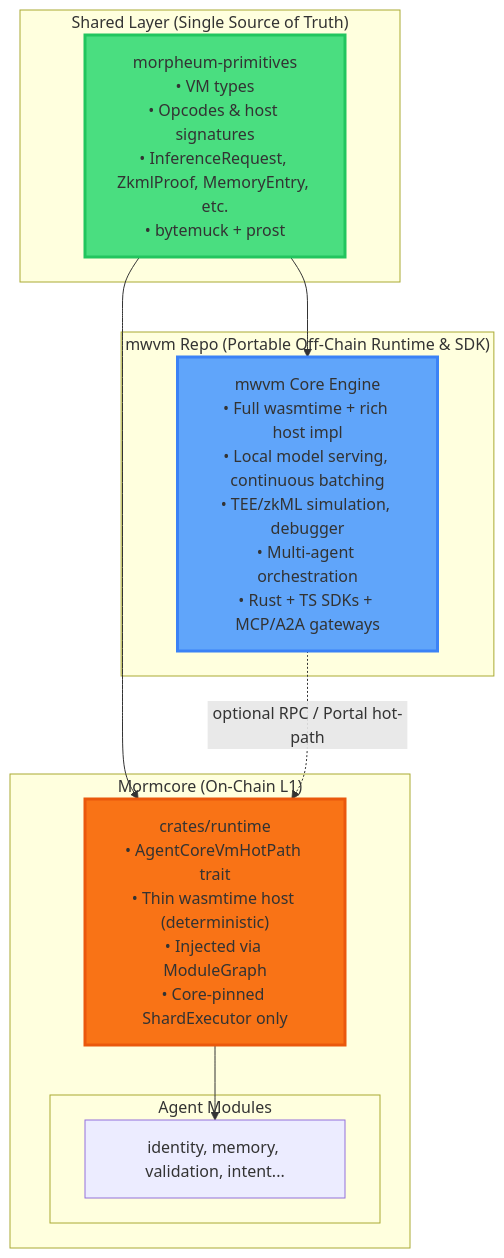
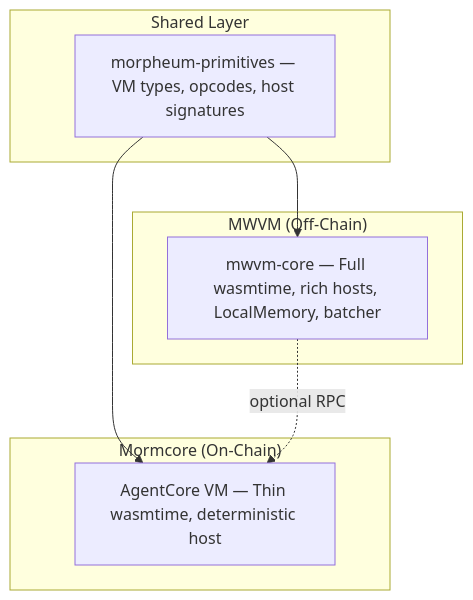
The diagram in docs/mwvm-system-design/11-mwvm-vs-mormcore-vm.md (morpheum-labs/mwvm), drawn with Mermaid before and after one commit. The commit also changed other lines of this file and 35 other files, not shown here.

````diff
--- a/docs/mwvm-system-design/11-mwvm-vs-mormcore-vm.md
+++ b/docs/mwvm-system-design/11-mwvm-vs-mormcore-vm.md
@@ -10,24 +10,17 @@
 ```mermaid
 graph TD
-    subgraph "Shared Layer (Single Source of Truth)"
-        P["morpheum-primitives<br/>• VM types<br/>• Opcodes & host signatures<br/>• InferenceRequest, ZkmlProof, MemoryEntry, etc.<br/>• bytemuck + prost"]
+    subgraph "Shared Layer"
+        P["morpheum-primitives — VM types, opcodes, host signatures"]
     end
 
-    subgraph "mwvm Repo (Portable Off-Chain Runtime & SDK)"
-        M["mwvm Core Engine<br/>• Full wasmtime + rich host impl<br/>• Local model serving, continuous batching<br/>• TEE/zkML simulation, debugger<br/>• Multi-agent orchestration<br/>• Rust + TS SDKs + MCP/A2A gateways"]
+    subgraph "MWVM (Off-Chain)"
+        M["mwvm-core — Full wasmtime, rich hosts, LocalMemory, batcher"]
     end
 
-    subgraph "Mormcore (On-Chain L1)"
-        R["crates/runtime<br/>• AgentCoreVmHotPath trait<br/>• Thin wasmtime host (deterministic)<br/>• Injected via ModuleGraph<br/>• Core-pinned ShardExecutor only"]
-        subgraph "Agent Modules"
-            A["identity, memory, validation, intent..."]
-        end
+    subgraph "Mormcore (On-Chain)"
+        R["AgentCore VM — Thin wasmtime, deterministic host"]
     end
 
     P --> M & R
-    M -.->|"optional RPC / Portal hot-path"| R
-    R --> A
-    style P fill:#4ade80,stroke:#22c55e,stroke-width:3px
-    style M fill:#60a5fa,stroke:#3b82f6,stroke-width:3px
-    style R fill:#f97316,stroke:#ea580c,stroke-width:3px
+    M -.->|"optional RPC"| R
 ```
````
